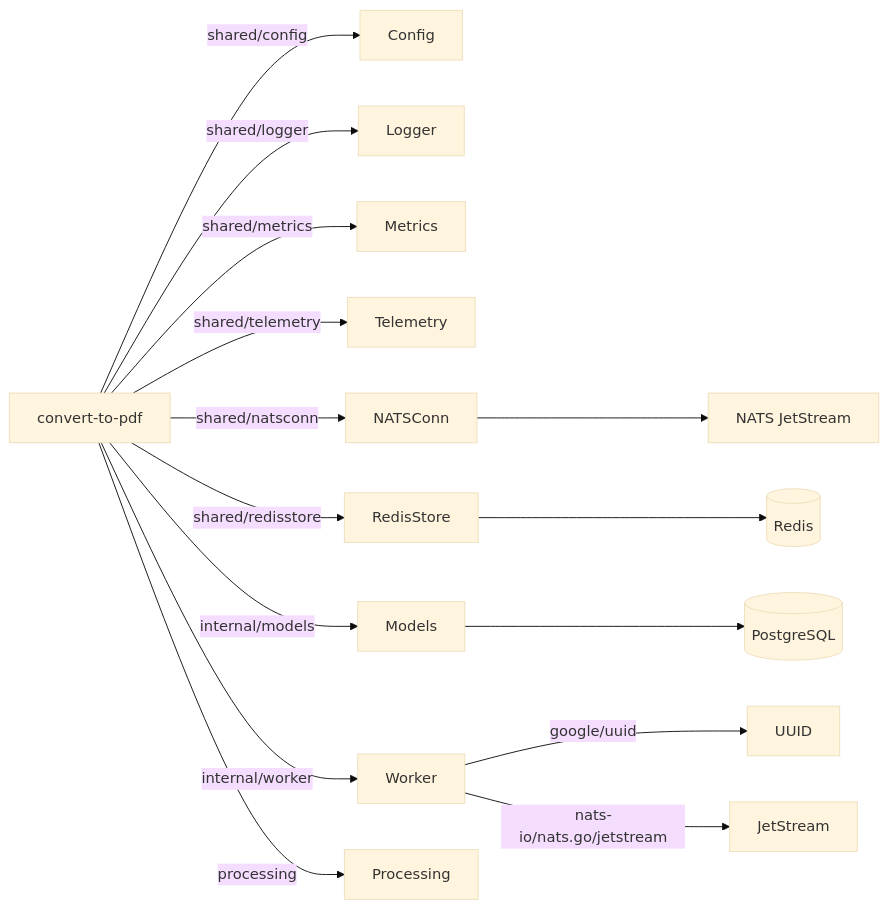
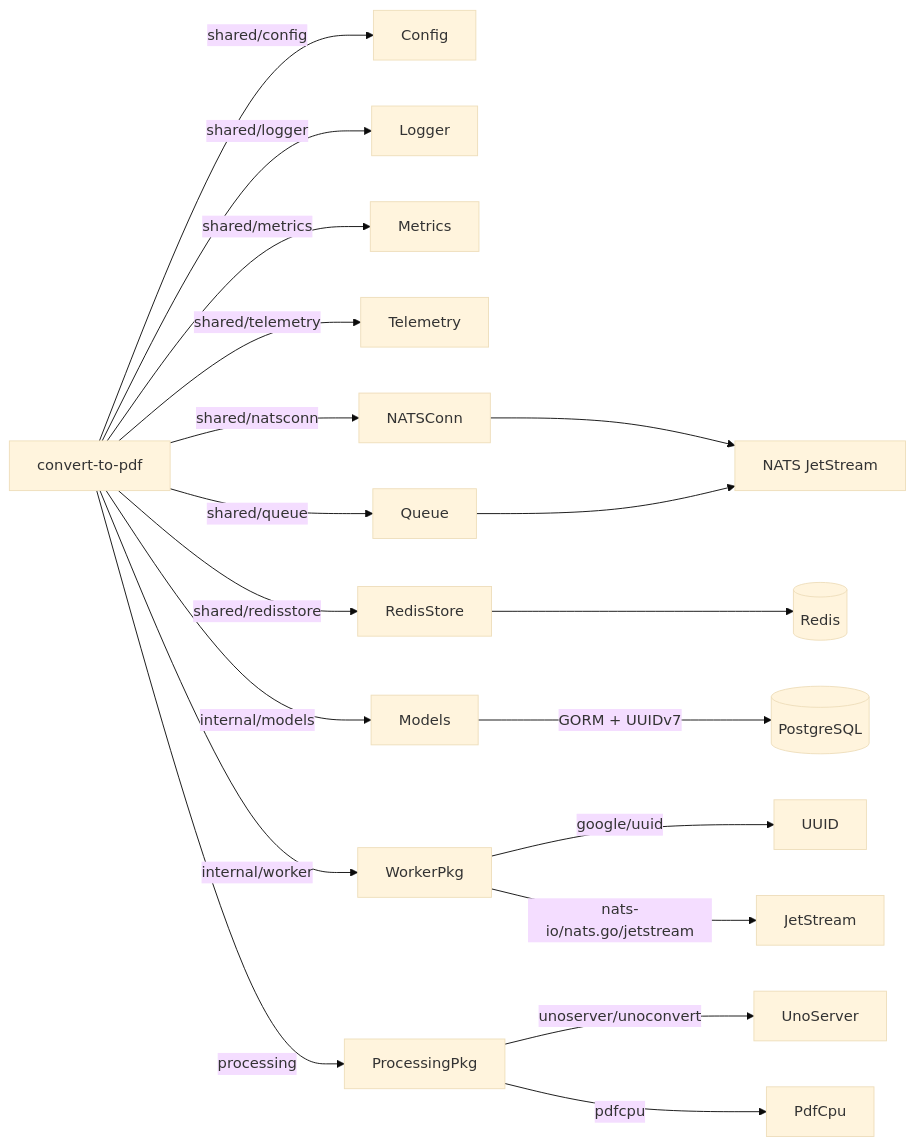
One commit to Prachidubey2003/fyredocs_backend changed the fourth of 4 diagrams in docs/developer/mermaid/service-convert-to-pdf-architecture.md. Above: the diagram before and after it, drawn with Mermaid (base theme). The commit also changed other lines of this file and 39 other files, not shown here.

Commit message:
Refactor PDF services to use NATS JetStream for job dispatch and event publishing; enhance documentation for OPTIMIZE_PDF and ORGANIZE_PDF services; remove deprecated UPLOAD_SERVICE documentation; update OpenAPI spec for improved clarity and accuracy.

````diff
--- a/docs/developer/mermaid/service-convert-to-pdf-architecture.md
+++ b/docs/developer/mermaid/service-convert-to-pdf-architecture.md
@@ -124,18 +108,22 @@
 ```mermaid
 graph LR
     CTP[convert-to-pdf] --> |shared/config| Config
     CTP --> |shared/logger| Logger
     CTP --> |shared/metrics| Metrics
     CTP --> |shared/telemetry| Telemetry
     CTP --> |shared/natsconn| NATSConn
     CTP --> |shared/redisstore| RedisStore
+    CTP --> |shared/queue| Queue
     CTP --> |internal/models| Models
-    CTP --> |internal/worker| Worker
-    CTP --> |processing| Processing
+    CTP --> |internal/worker| WorkerPkg
+    CTP --> |processing| ProcessingPkg
 
     NATSConn --> NATS["NATS JetStream"]
-    Models --> PG[(PostgreSQL)]
+    Queue --> NATS
+    Models --> |GORM + UUIDv7| PG[(PostgreSQL)]
     RedisStore --> Redis[(Redis)]
-    Worker --> |google/uuid| UUID
-    Worker --> |nats-io/nats.go/jetstream| JetStream
+    WorkerPkg --> |google/uuid| UUID
+    WorkerPkg --> |nats-io/nats.go/jetstream| JetStream
+    ProcessingPkg --> |unoserver/unoconvert| UnoServer
+    ProcessingPkg --> |pdfcpu| PdfCpu
 ```
````
